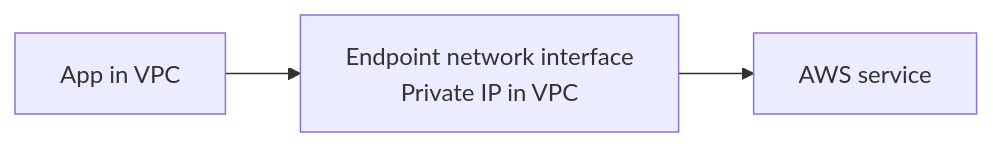
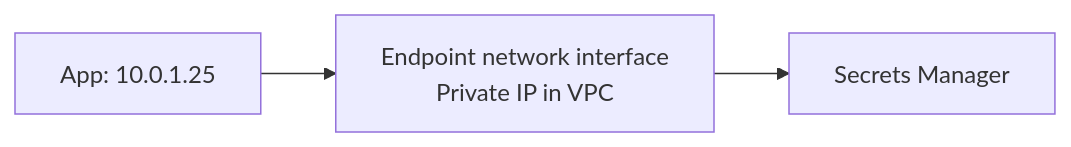
Before and after one commit to slinjhu/akashic: the third of 3 diagrams in docs/aws/networking.md, drawn with Mermaid. The commit also changed other lines of this file, not shown here.

Commit message:
docs: refine AWS networking examples and illustrate CIDR

````diff
--- a/docs/aws/networking.md
+++ b/docs/aws/networking.md
@@ -189,5 +223,5 @@
 ```mermaid
 flowchart LR
-    app["App in VPC"] --> ep["Endpoint network interface<br/>Private IP in VPC"]
-    ep --> service["AWS service"]
+    app["App: 10.0.1.25"] --> ep["Endpoint network interface<br/>Private IP in VPC"]
+    ep --> service["Secrets Manager"]
 ```
````
